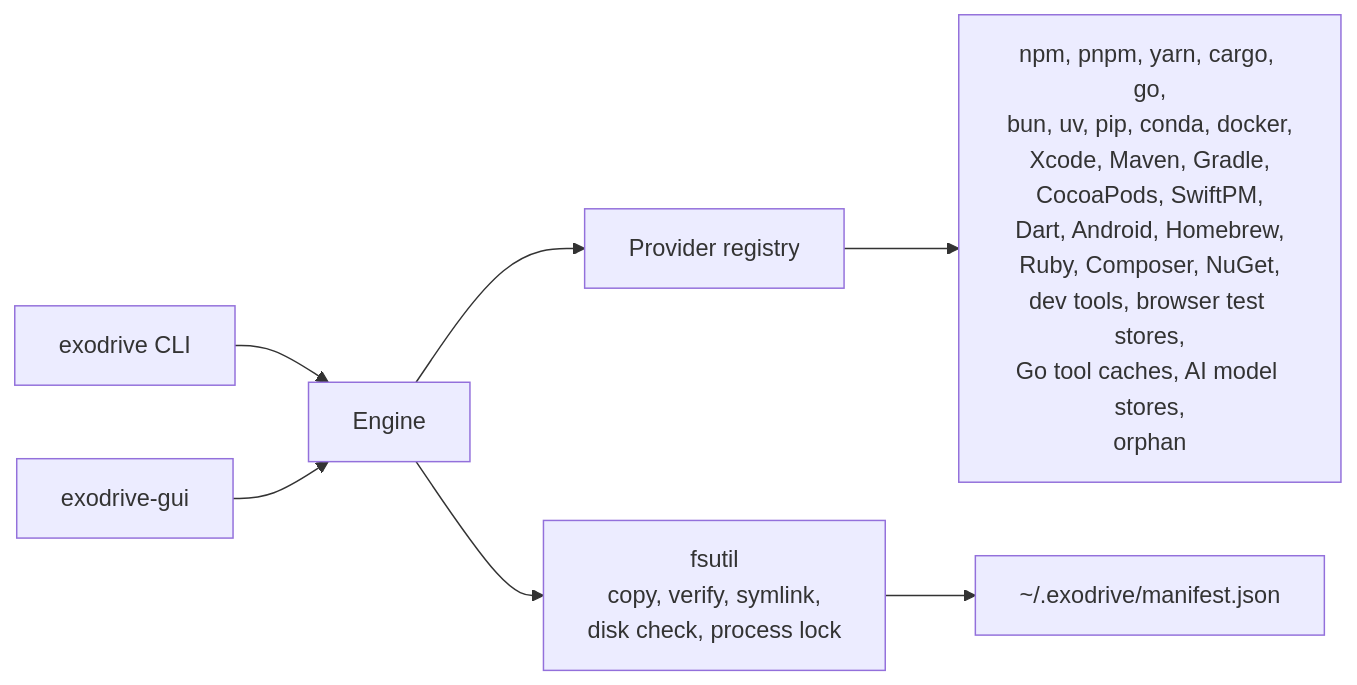
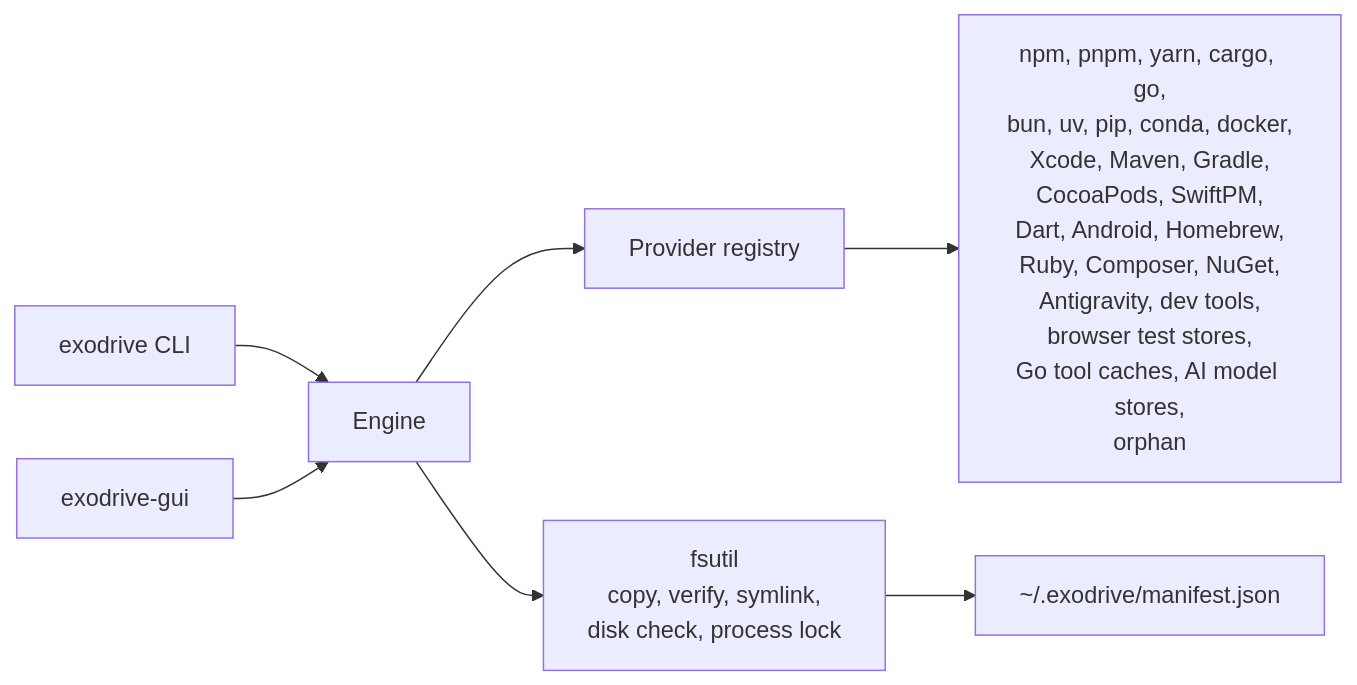
Before and after one commit to Jungley8/exodrive: the diagram in README.md, drawn with Mermaid. The commit also changed other lines of this file and 8 other files, not shown here.

````diff
--- a/README.md
+++ b/README.md
@@ -43,9 +43,9 @@
 ```mermaid
 flowchart LR
     CLI["exodrive CLI"] --> Engine
     GUI["exodrive-gui"] --> Engine
     Engine --> Registry["Provider registry"]
-    Registry --> P["npm, pnpm, yarn, cargo, go,<br/>bun, uv, pip, conda, docker,<br/>Xcode, Maven, Gradle,<br/>CocoaPods, SwiftPM,<br/>Dart, Android, Homebrew,<br/>Ruby, Composer, NuGet,<br/>dev tools, browser test stores,<br/>Go tool caches, AI model stores,<br/>orphan"]
+    Registry --> P["npm, pnpm, yarn, cargo, go,<br/>bun, uv, pip, conda, docker,<br/>Xcode, Maven, Gradle,<br/>CocoaPods, SwiftPM,<br/>Dart, Android, Homebrew,<br/>Ruby, Composer, NuGet,<br/>Antigravity, dev tools,<br/>browser test stores,<br/>Go tool caches, AI model stores,<br/>orphan"]
     Engine --> FS["fsutil<br/>copy, verify, symlink,<br/>disk check, process lock"]
     FS --> Ledger["~/.exodrive/manifest.json"]
 ```
````
